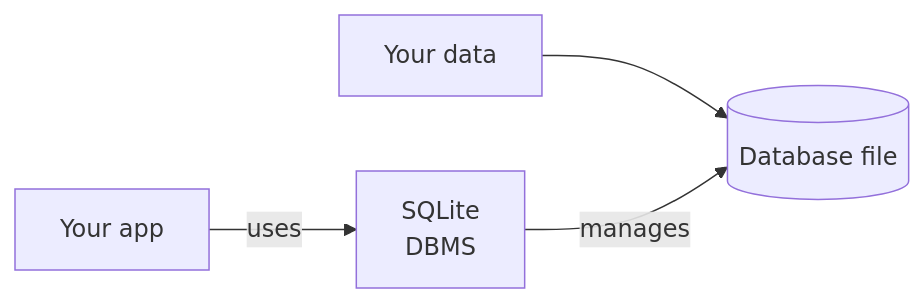
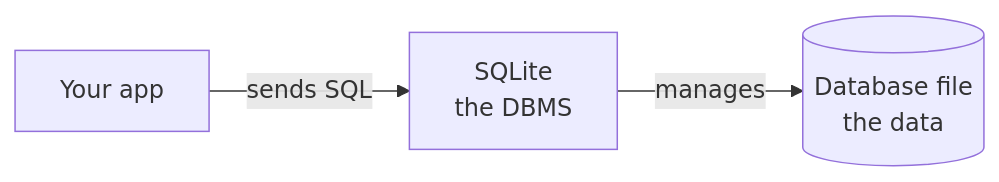
One commit to dataslope/dataslope changed the third of 3 diagrams in content/learn/sqlite-for-beginners/what-is-a-database.mdx. Above: the diagram before and after it, drawn with Mermaid. The commit also changed other lines of this file and 7 other files, not shown here.

````diff
--- a/content/learn/sqlite-for-beginners/what-is-a-database.mdx
+++ b/content/learn/sqlite-for-beginners/what-is-a-database.mdx
@@ -189,6 +300,5 @@
 ```mermaid
 flowchart LR
-    A["Your data"] --> B[("Database file")]
-    C["SQLite<br/>DBMS"] -->|"manages"| B
-    D["Your app"] -->|"uses"| C
+    A["Your app"] -->|"sends SQL"| C["SQLite<br/>the DBMS"]
+    C -->|"manages"| B[("Database file<br/>the data")]
 ```
````
